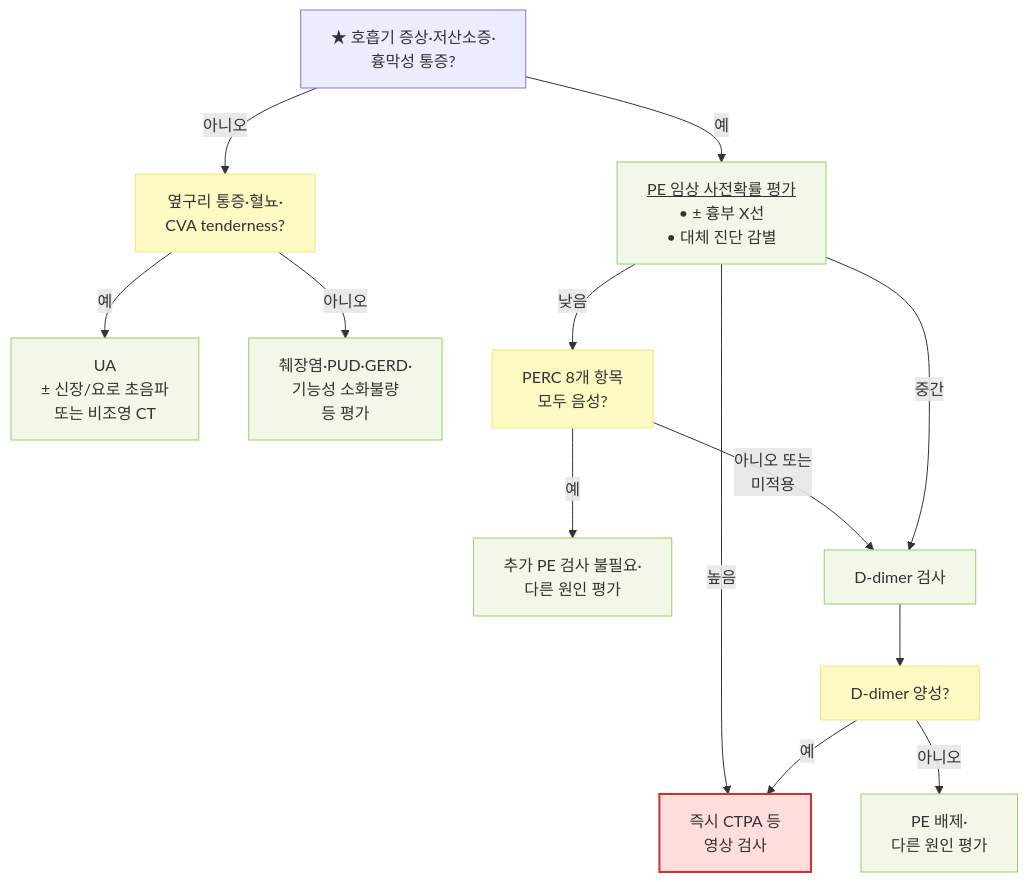
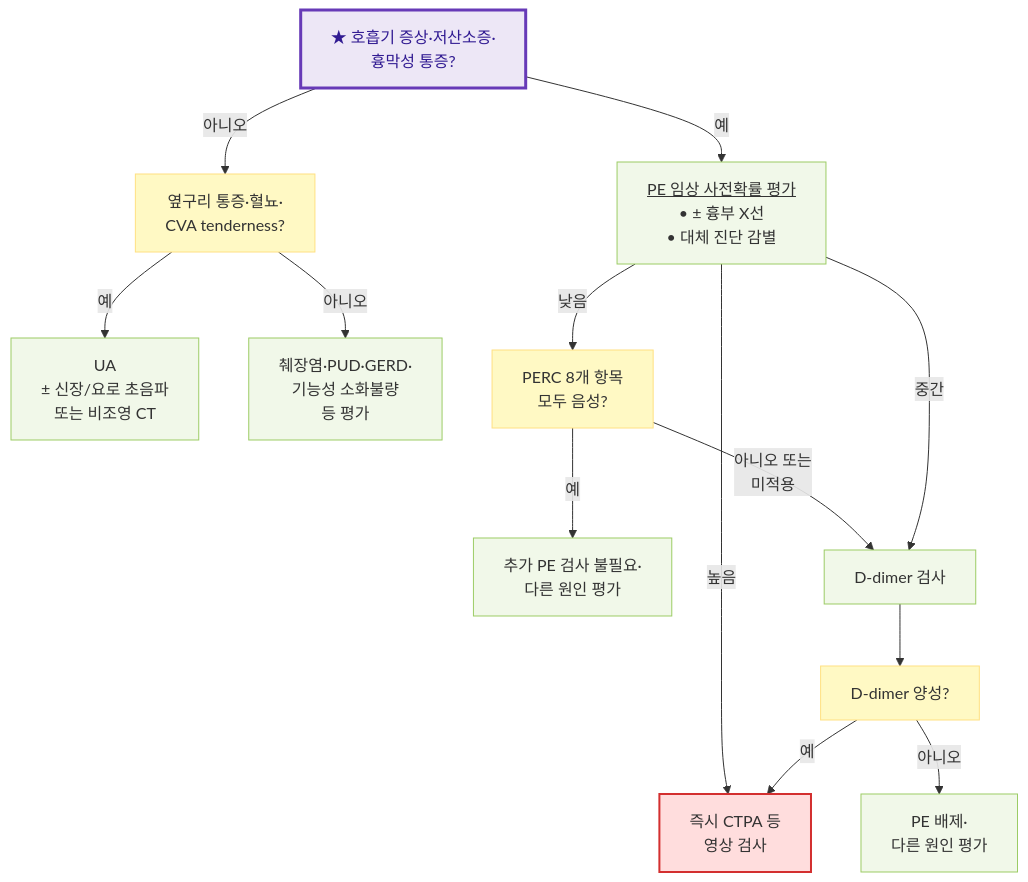
The second of 4 diagrams in 220_/003_-abdominal-pain.md (familyoh77/familyoh77), drawn with Mermaid before and after one commit. The commit also changed other lines of this file, not shown here.

````diff
--- a/220_/003_-abdominal-pain.md
+++ b/220_/003_-abdominal-pain.md
@@ -243,23 +244,25 @@
 ```mermaid
 flowchart TD
     I["★ 호흡기 증상·저산소증·<br/>흉막성 통증?"] -- "아니오" --> M["옆구리 통증·혈뇨·<br/>CVA tenderness?"]
     M -- "예" --> N["UA <br/>± 신장/요로 초음파 <br/>또는 비조영 CT"]
     M -- "아니오" --> Q["췌장염·PUD·GERD·<br/>기능성 소화불량 <br/>등 평가"]
     I -- "예" --> J["<u>PE 임상 사전확률 평가</u><br/>• ± 흉부 X선<br/>• 대체 진단 감별"]
     J -- "낮음" --> K["PERC 8개 항목 <br/>모두 음성?"]
     K -- "예" --> S["추가 PE 검사 불필요·<br/>다른 원인 평가"]
     K -- "아니오 또는 <br/>미적용" --> L["D-dimer 검사"]
     J -- "중간" --> L
     J -- "높음" --> R["즉시 CTPA 등 <br/>영상 검사"]
     L --> T["D-dimer 양성?"]
     T -- "예" --> R
     T -- "아니오" --> U["PE 배제·<br/>다른 원인 평가"]
     classDef start fill:#eeeeee,stroke:#888888,stroke-width:2px
     classDef question fill:#fff9c4,stroke:#ffe082
     classDef emergency fill:#ffdddd,stroke:#d32f2f,stroke-width:2px
     classDef evaluation fill:#f1f8e9,stroke:#9ccc65
     classDef treatment fill:#e3f2fd,stroke:#64b5f6
+    classDef connector fill:#ede7f6,stroke:#673ab7,stroke-width:3px,color:#311b92
     class K,T,M question
     class R emergency
-    class P,J,L,S,U,N,Q evaluation
+    class J,L,S,U,N,Q evaluation
+    class I connector
 ```
````
